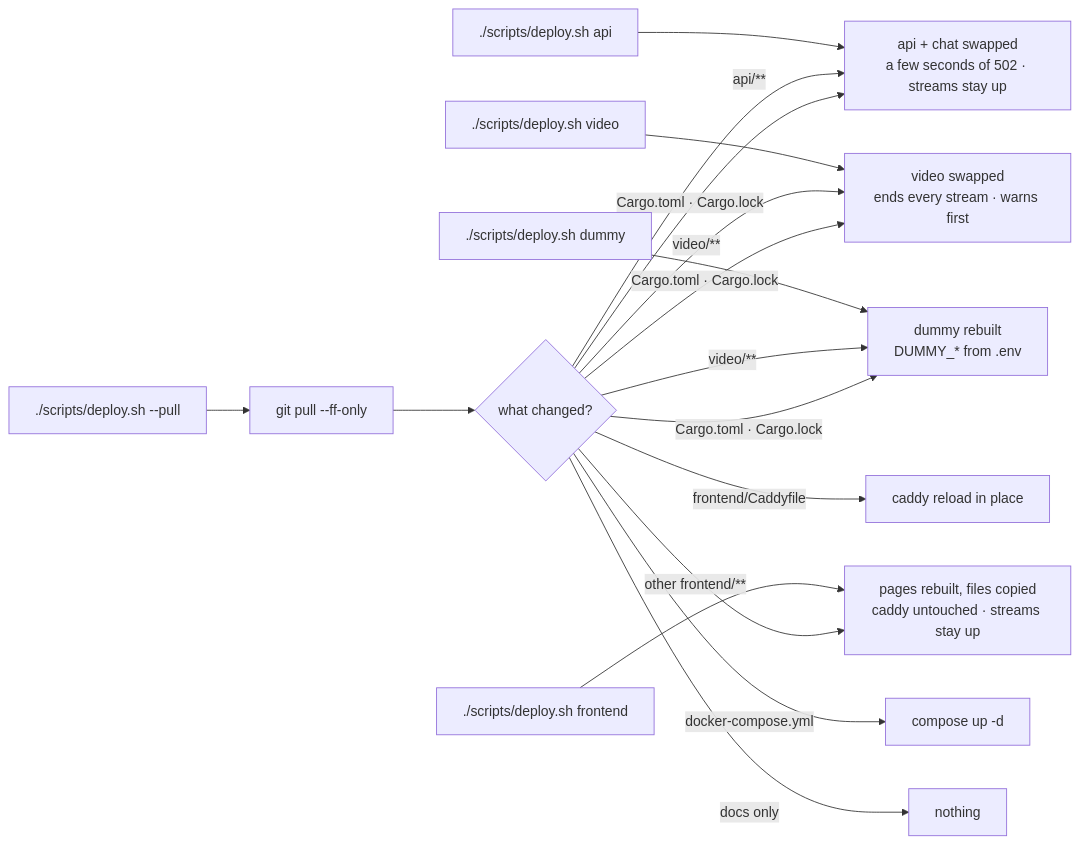
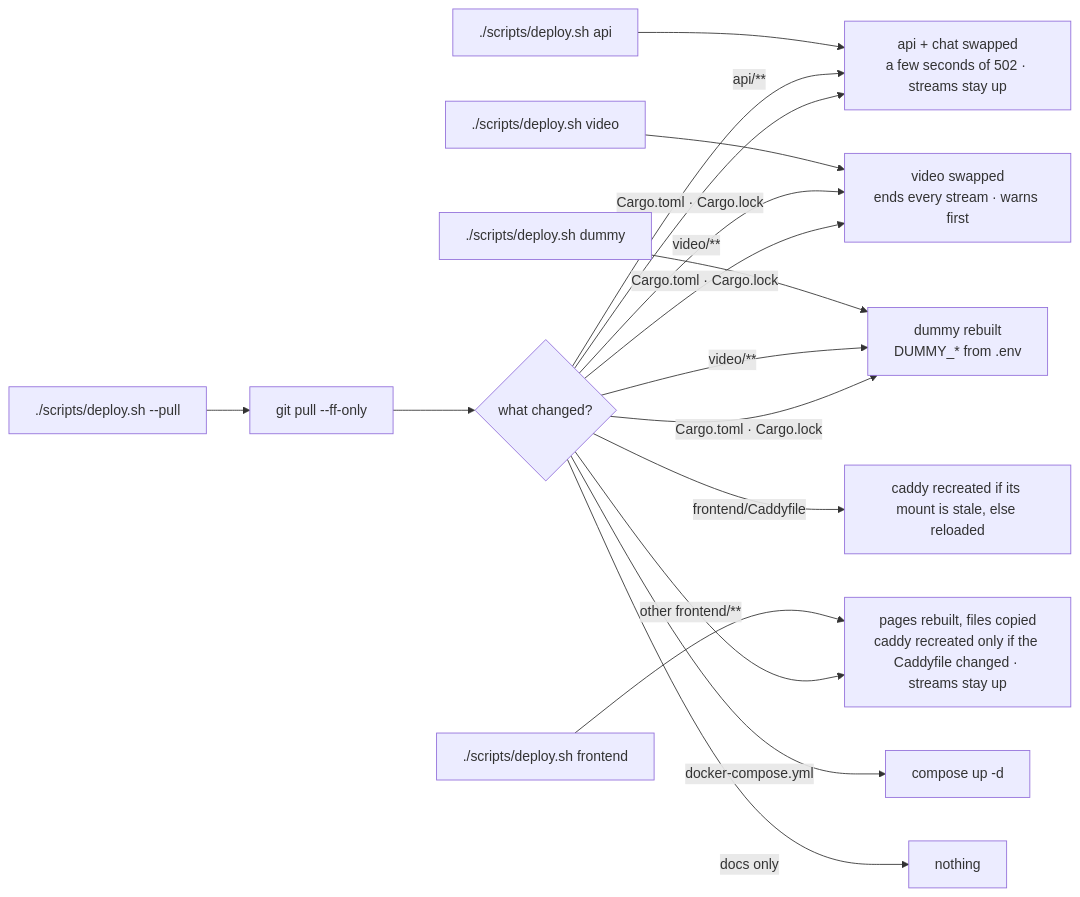
The ninth of 10 diagrams in docs/architecture-picture.md (ZeroNerodaHero/slop-stream-architecture), drawn with Mermaid before and after one commit. The commit also changed other lines of this file and 2 other files, not shown here.

Commit message:
deploy: recreate caddy when its bind-mounted Caddyfile went stale
compose bind-mounts the single file frontend/Caddyfile, and git pull
replaces it with a new inode, so the running container keeps the file it
started with. `./scripts/deploy.sh frontend` never touched caddy at all,
which left #177's Cloudflare config unapplied on prod until a manual
force-recreate.

sync_caddy now runs after every full deploy, every frontend target and
every Caddyfile change: it compares /etc/caddy/Caddyfile inside the
container with the host file; when they differ it validates the host file
in the running caddy (a rejected file fails the run, caddy keeps its
config) and recreates the frontend container with --no-deps; when they
match it does the existing graceful stdin reload. frontend is now in the
swapped-container check, followed by the usual /api/health wait.

````diff
--- a/docs/architecture-picture.md
+++ b/docs/architecture-picture.md
@@ -346,16 +346,16 @@
 ```mermaid
 flowchart LR
-  fe["./scripts/deploy.sh frontend"] --> pagesc["pages rebuilt, files copied<br/>caddy untouched · streams stay up"]
+  fe["./scripts/deploy.sh frontend"] --> pagesc["pages rebuilt, files copied<br/>caddy recreated only if the Caddyfile changed · streams stay up"]
   apid["./scripts/deploy.sh api"] --> apic["api + chat swapped<br/>a few seconds of 502 · streams stay up"]
   vid["./scripts/deploy.sh video"] --> videoc["video swapped<br/>ends every stream · warns first"]
   dum["./scripts/deploy.sh dummy"] --> dummyc["dummy rebuilt<br/>DUMMY_* from .env"]
 
   pull["./scripts/deploy.sh --pull"] --> gp["git pull --ff-only"] --> diff{"what changed?"}
   diff -->|"api/**"| apic
   diff -->|"video/**"| videoc & dummyc
   diff -->|"Cargo.toml · Cargo.lock"| apic & videoc & dummyc
-  diff -->|"frontend/Caddyfile"| reload["caddy reload in place"]
+  diff -->|"frontend/Caddyfile"| reload["caddy recreated if its mount is stale, else reloaded"]
   diff -->|"other frontend/**"| pagesc
   diff -->|"docker-compose.yml"| compose["compose up -d"]
   diff -->|"docs only"| nothing["nothing"]
 ```
````
